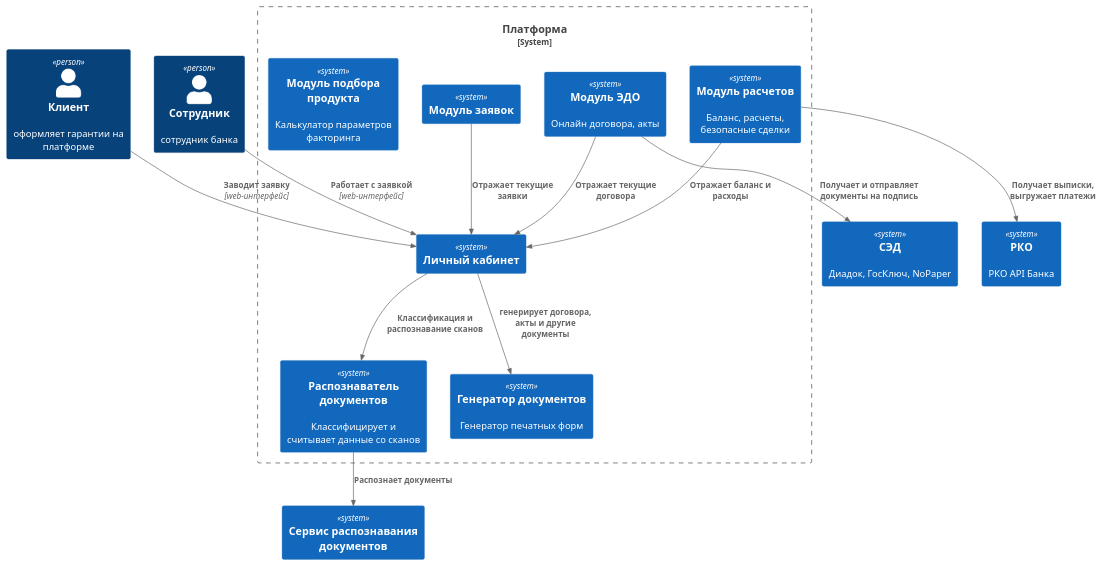
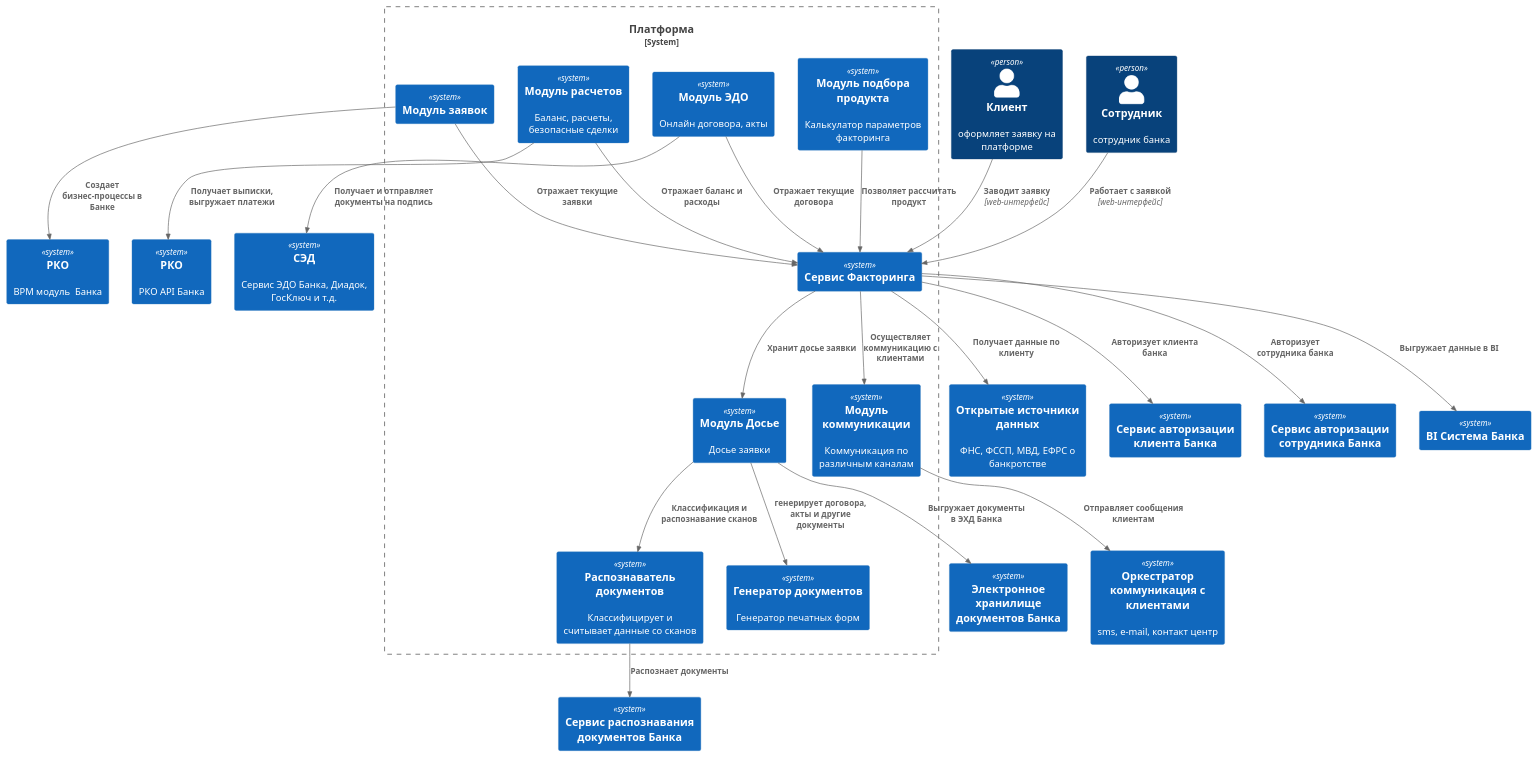
One commit to iconicompany/factoring changed the diagram in docs/arhitecture.puml. Above: the diagram before and after it, drawn with PlantUML. The commit also changed 1 other file, not shown here.

```diff
--- a/docs/arhitecture.puml
+++ b/docs/arhitecture.puml
@@ -1,50 +1,79 @@
 @startuml
 !include https://raw.githubusercontent.com/plantuml-stdlib/C4-PlantUML/master/C4_Container.puml
 
-Person(customer, "Клиент", "оформляет гарантии на платформе")
+Person(customer, "Клиент", "оформляет заявку на платформе")
 Person(manager, "Сотрудник", "сотрудник банка")
 
 System_Boundary(icompanysystem, "Платформа") {
 
-System(cabinet, "Личный кабинет", "")
+System(cabinet, "Сервис Факторинга", "")
 System(offers, "Модуль заявок", "")
 System(settlemenets, "Модуль расчетов", "Баланс, расчеты, безопасные сделки")
 System(edm, "Модуль ЭДО", "Онлайн договора, акты")
 System(factcalc, "Модуль подбора продукта", "Калькулатор параметров факторинга")
+System(dossier, "Модуль Досье", "Досье заявки")
 
 'System(videochat, "Видеочат", "Собственная разработка")
 
 System(docclassifier, "Распознаватель документов", "Классифицирует и считывает данные со сканов")
 
 System(docgen, "Генератор документов", "Генератор печатных форм")
 
 Rel(customer, cabinet, "Заводит заявку", "web-интерфейс")
 
 Rel(manager, cabinet, "Работает с заявкой", "web-интерфейс")
 
 Rel(settlemenets, cabinet, "Отражает баланс и расходы")
 Rel(edm, cabinet, "Отражает текущие договора")
+Rel(factcalc, cabinet, "Позволяет рассчитать продукт")
+
+System(messaging, "Модуль коммуникации", "Коммуникация по различным каналам")
+Rel(cabinet,messaging,"Осуществляет коммуникацию с клиентами")
 
 Rel(offers, cabinet, "Отражает текущие заявки")
 
 'Rel(manager, factcalc, "Подбирает продукт")
 'Rel(customer,factcalc, "Подбирает продукт")
 
 'Rel(cabinet, videochat, "Видеозвонки из платформы")
 
-Rel(cabinet,docclassifier,"Классификация и распознавание сканов")
+Rel(cabinet,dossier,"Хранит досье заявки")
 
-Rel(cabinet,docgen, "генерирует договора, акты и другие документы")
+Rel(dossier,docclassifier,"Классификация и распознавание сканов")
+
+Rel(dossier,docgen, "генерирует договора, акты и другие документы")
 
 }
 
-System(sed, "СЭД", "Диадок, ГосКлюч, NoPaper")
+System(sed, "СЭД", "Сервис ЭДО Банка, Диадок, ГосКлюч и т.д.")
 Rel(edm,sed,"Получает и отправляет документы на подпись")
 
 System(rkoapi, "РКО", "РКО API Банка")
 
+System(bpm, "РКО", "BPM модуль  Банка")
+Rel(offers,bpm, "Создает бизнес-процессы в Банке")
+
+System(ehd,"Электронное хранилище документов Банка")
+Rel(dossier,ehd,"Выгружает документы в ЭХД Банка")
+
 Rel(settlemenets, rkoapi,"Получает выписки, выгружает платежи")
-System(recognition, "Сервис распознавания документов")
+System(recognition, "Сервис распознавания документов Банка")
 Rel(docclassifier, recognition, "Распознает документы")
 
+
+System(messagingbank, "Оркестратор коммуникация с клиентами", "sms, e-mail, контакт центр")
+Rel(messaging,messagingbank,"Отправляет сообщения клиентам")
+System(opendata,"Открытые источники данных", "ФНС, ФССП, МВД, ЕФРС о банкротстве")
+Rel(cabinet,opendata,"Получает данные по клиенту")
+
+System(oidcbankclient, "Сервис авторизации клиента Банка")
+Rel(cabinet,oidcbankclient,"Авторизует клиента банка")
+
+System(oidcbankstaff, "Сервис авторизации сотрудника Банка")
+Rel(cabinet,oidcbankstaff,"Авторизует сотрудника банка")
+
+
+System(bibank, "BI Система Банка")
+Rel(cabinet,bibank,"Выгружает данные в BI")
+
 @enduml
```
